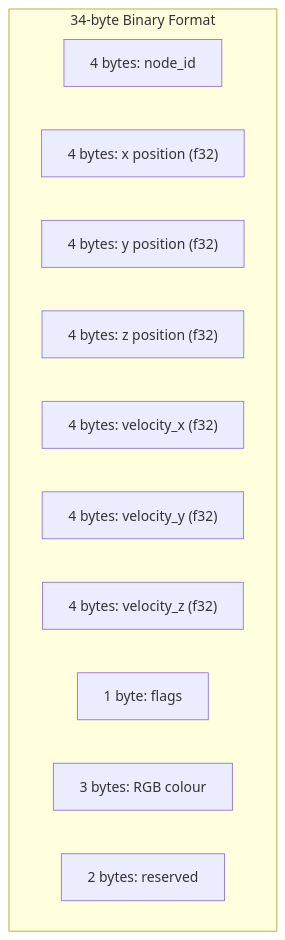
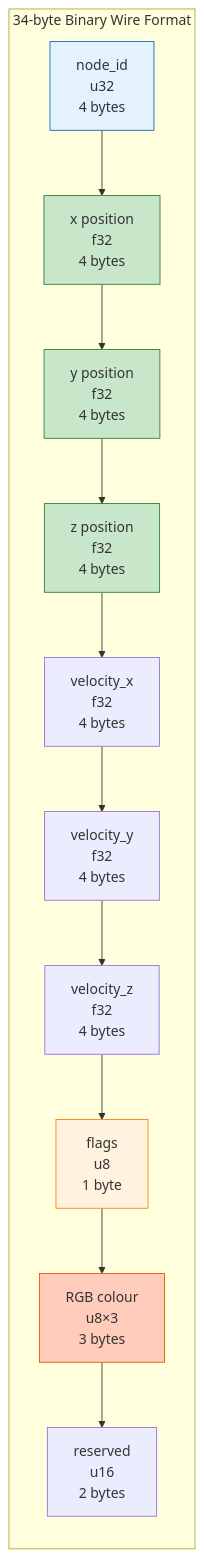
One commit to DreamLab-AI/VisionFlow changed the ninth of 20 diagrams in docs/concepts/system-architecture.md. Above: the diagram before and after it, drawn with Mermaid. The commit also changed other lines of this file and 15 other files, not shown here.

Commit message:
more mermaid

````diff
--- a/docs/concepts/system-architecture.md
+++ b/docs/concepts/system-architecture.md
@@ -499,15 +531,24 @@
 ```mermaid
-graph TD
-    subgraph "34-byte Binary Format"
-        A["4 bytes: node_id"]
-        B["4 bytes: x position (f32)"]
-        C["4 bytes: y position (f32)"]
-        D["4 bytes: z position (f32)"]
-        E["4 bytes: velocity_x (f32)"]
-        F["4 bytes: velocity_y (f32)"]
-        G["4 bytes: velocity_z (f32)"]
-        H["1 byte: flags"]
-        I["3 bytes: RGB colour"]
-        J["2 bytes: reserved"]
+graph LR
+    subgraph "34-byte Binary Wire Format"
+        A["node_id<br/>u32<br/>4 bytes"]
+        B["x position<br/>f32<br/>4 bytes"]
+        C["y position<br/>f32<br/>4 bytes"]
+        D["z position<br/>f32<br/>4 bytes"]
+        E["velocity_x<br/>f32<br/>4 bytes"]
+        F["velocity_y<br/>f32<br/>4 bytes"]
+        G["velocity_z<br/>f32<br/>4 bytes"]
+        H["flags<br/>u8<br/>1 byte"]
+        I["RGB colour<br/>u8×3<br/>3 bytes"]
+        J["reserved<br/>u16<br/>2 bytes"]
     end
+
+    A --> B --> C --> D --> E --> F --> G --> H --> I --> J
+
+    style A fill:#e3f2fd,stroke:#1565C0
+    style B fill:#c8e6c9,stroke:#2E7D32
+    style C fill:#c8e6c9,stroke:#2E7D32
+    style D fill:#c8e6c9,stroke:#2E7D32
+    style H fill:#fff3e0,stroke:#F57F17
+    style I fill:#ffccbc,stroke:#E65100
 ```
````
